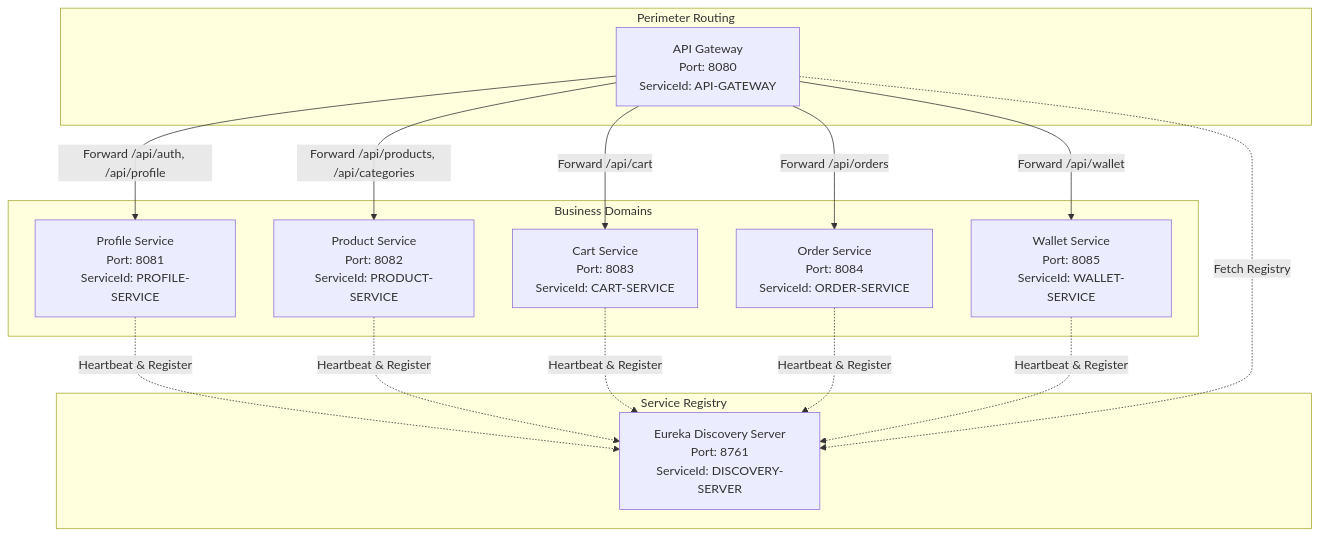
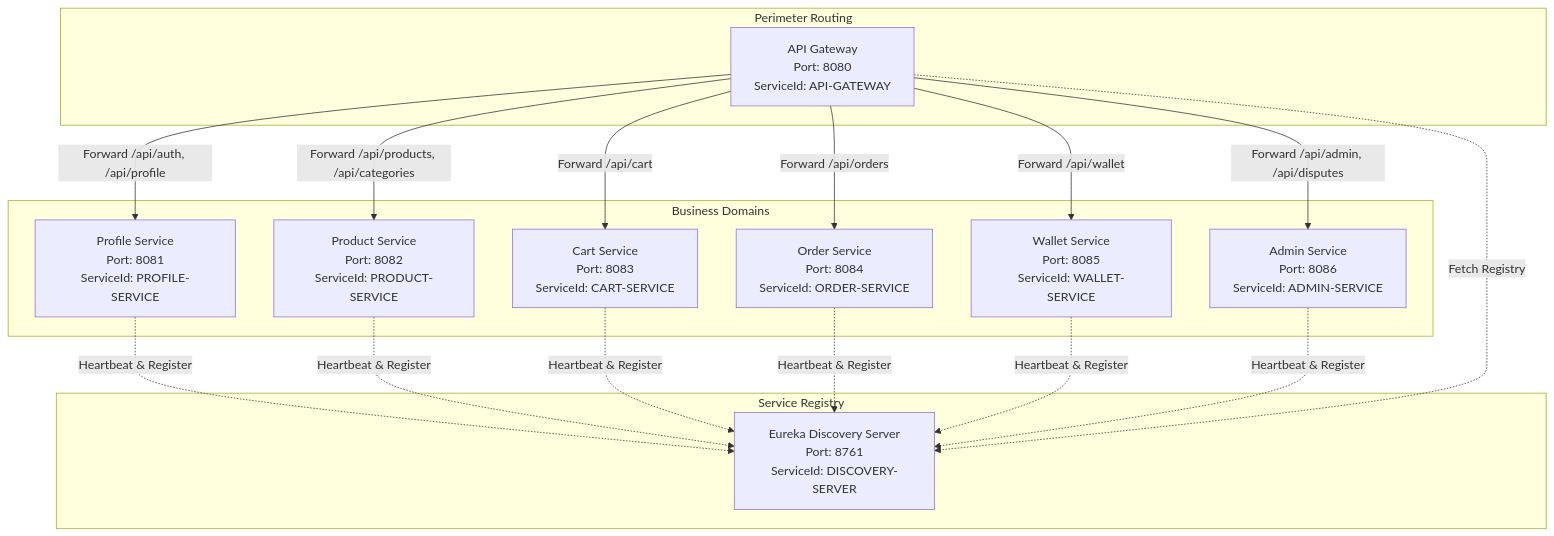
The diagram in docs/architecture/microservices-architecture.md (varshinijayaprabhu/E_Shopping_Zone), drawn with Mermaid before and after one commit. The commit also changed other lines of this file and 105 other files, not shown here.

````diff
--- a/docs/architecture/microservices-architecture.md
+++ b/docs/architecture/microservices-architecture.md
@@ -7,31 +7,34 @@
 ```mermaid
 flowchart TB
     subgraph Discovery ["Service Registry"]
         Eureka["Eureka Discovery Server<br/>Port: 8761<br/>ServiceId: DISCOVERY-SERVER"]
     end
 
     subgraph Edge ["Perimeter Routing"]
         Gateway["API Gateway<br/>Port: 8080<br/>ServiceId: API-GATEWAY"]
     end
 
     subgraph CoreServices ["Business Domains"]
         ProfileSvc["Profile Service<br/>Port: 8081<br/>ServiceId: PROFILE-SERVICE"]
         ProductSvc["Product Service<br/>Port: 8082<br/>ServiceId: PRODUCT-SERVICE"]
         CartSvc["Cart Service<br/>Port: 8083<br/>ServiceId: CART-SERVICE"]
         OrderSvc["Order Service<br/>Port: 8084<br/>ServiceId: ORDER-SERVICE"]
         WalletSvc["Wallet Service<br/>Port: 8085<br/>ServiceId: WALLET-SERVICE"]
+        AdminSvc["Admin Service<br/>Port: 8086<br/>ServiceId: ADMIN-SERVICE"]
     end
 
     Gateway -->|Forward /api/auth, /api/profile| ProfileSvc
     Gateway -->|Forward /api/products, /api/categories| ProductSvc
     Gateway -->|Forward /api/cart| CartSvc
     Gateway -->|Forward /api/orders| OrderSvc
     Gateway -->|Forward /api/wallet| WalletSvc
+    Gateway -->|Forward /api/admin, /api/disputes| AdminSvc
 
     ProfileSvc -.->|Heartbeat & Register| Eureka
     ProductSvc -.->|Heartbeat & Register| Eureka
     CartSvc -.->|Heartbeat & Register| Eureka
     OrderSvc -.->|Heartbeat & Register| Eureka
     WalletSvc -.->|Heartbeat & Register| Eureka
+    AdminSvc -.->|Heartbeat & Register| Eureka
     Gateway -.->|Fetch Registry| Eureka
 ```
````
